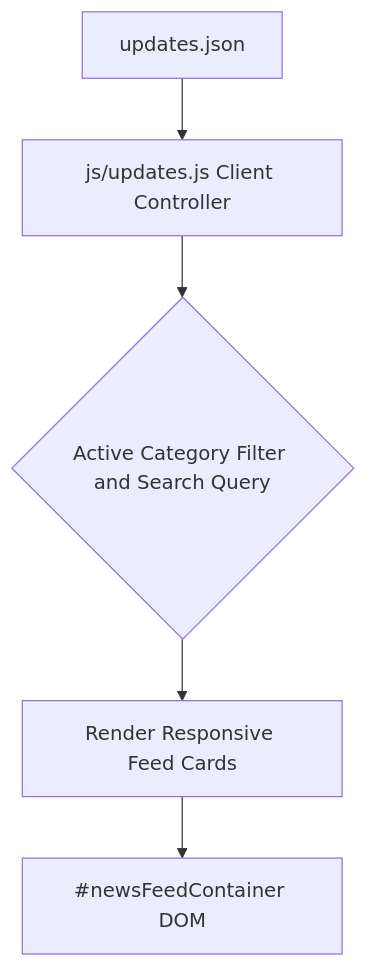
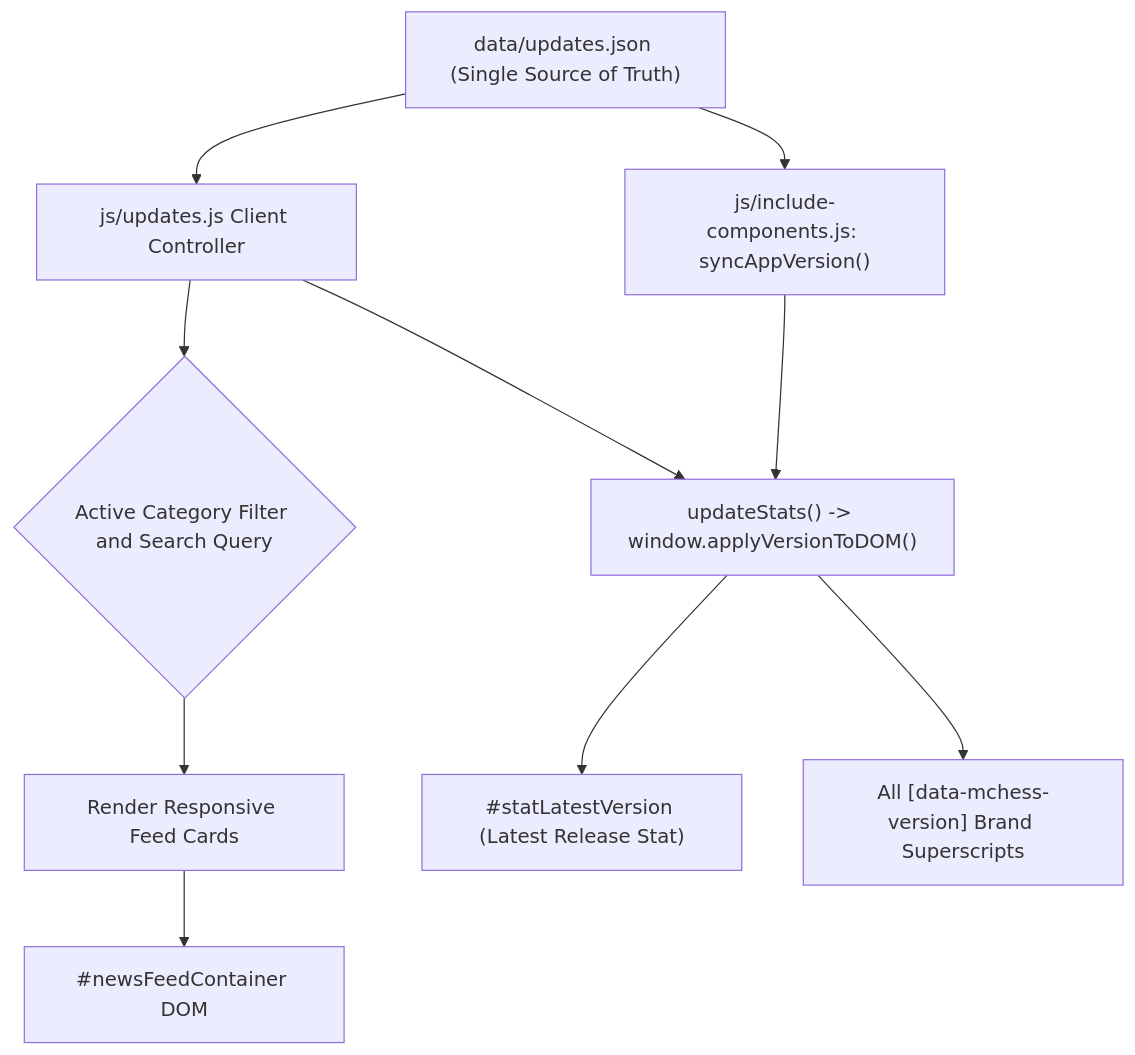
One commit to EG1DOTIN/mchess.eg1.in changed the diagram in docs/page-details/details-updates.md. Above: the diagram before and after it, drawn with Mermaid. The commit also changed other lines of this file and 15 other files, not shown here.

First line of the commit message:
feat(navigation): add menu icons, brand superscript, and dynamic version SSOT engine

````diff
--- a/docs/page-details/details-updates.md
+++ b/docs/page-details/details-updates.md
@@ -18,7 +18,12 @@
 ```mermaid
 flowchart TD
-    NewsJson["updates.json"] --> NewsJS["js/updates.js Client Controller"]
+    NewsJson["data/updates.json (Single Source of Truth)"] --> NewsJS["js/updates.js Client Controller"]
+    NewsJson --> VersionSync["js/include-components.js: syncAppVersion()"]
     NewsJS --> FilterQuery{"Active Category Filter and Search Query"}
     FilterQuery --> RenderCards["Render Responsive Feed Cards"]
     RenderCards --> FeedDOM["#newsFeedContainer DOM"]
+    NewsJS --> UpdateStats["updateStats() -> window.applyVersionToDOM()"]
+    VersionSync --> UpdateStats
+    UpdateStats --> StatLatest["#statLatestVersion (Latest Release Stat)"]
+    UpdateStats --> BrandTargets["All [data-mchess-version] Brand Superscripts"]
 ```
````
